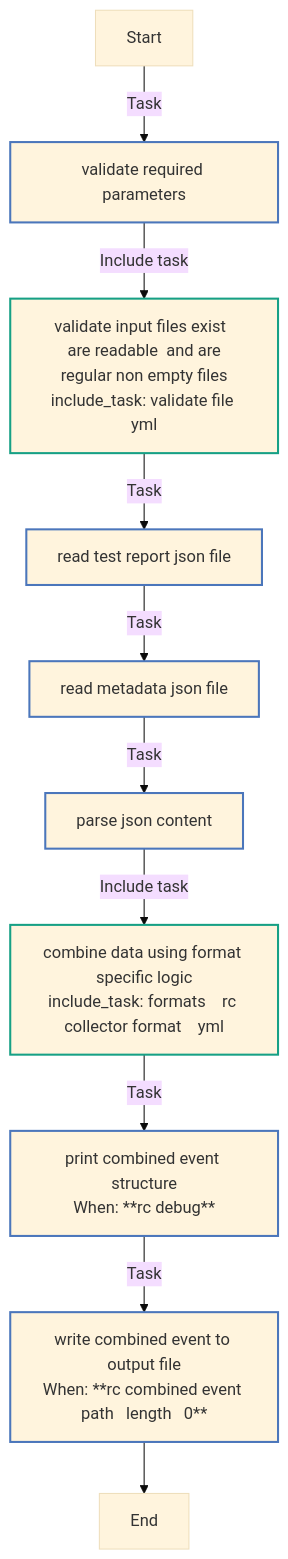
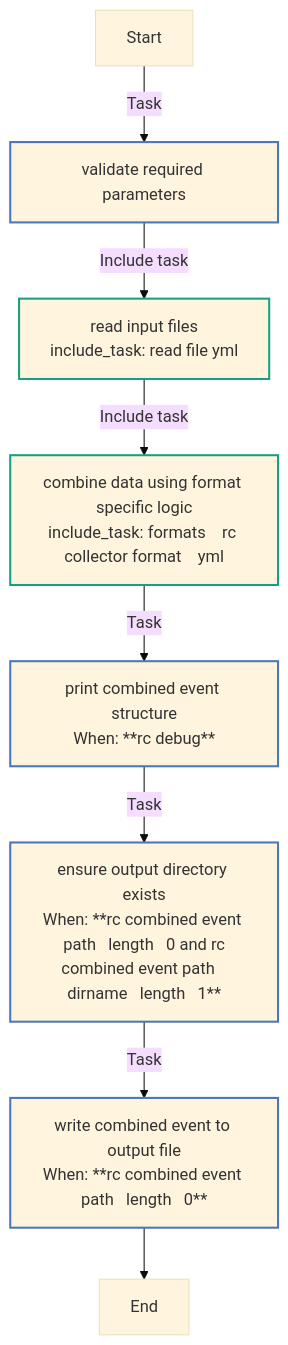
The third of 5 diagrams in playbooks/infra/reporting/roles/report_combine/README.md (mvk/eco-ci-cd), drawn with Mermaid (base theme) before and after one commit. The commit also changed other lines of this file and 2 other files, not shown here.

First line of the commit message:
ROLE: update role `report_combine`

````diff
--- a/playbooks/infra/reporting/roles/report_combine/README.md
+++ b/playbooks/infra/reporting/roles/report_combine/README.md
@@ -194,22 +183,20 @@
 ```mermaid
 flowchart TD
 Start
 classDef block stroke:#3498db,stroke-width:2px;
 classDef task stroke:#4b76bb,stroke-width:2px;
 classDef includeTasks stroke:#16a085,stroke-width:2px;
 classDef importTasks stroke:#34495e,stroke-width:2px;
 classDef includeRole stroke:#2980b9,stroke-width:2px;
 classDef importRole stroke:#699ba7,stroke-width:2px;
 classDef includeVars stroke:#8e44ad,stroke-width:2px;
 classDef rescue stroke:#665352,stroke-width:2px;
 
   Start-->|Task| Validate_required_parameters0[validate required parameters]:::task
-  Validate_required_parameters0-->|Include task| validate_file_yml1[validate input files exist  are readable  and are<br>regular non empty files<br>include_task: validate file yml]:::includeTasks
-  validate_file_yml1-->|Task| Read_test_report_JSON_file2[read test report json file]:::task
-  Read_test_report_JSON_file2-->|Task| Read_metadata_JSON_file3[read metadata json file]:::task
-  Read_metadata_JSON_file3-->|Task| Parse_JSON_content4[parse json content]:::task
-  Parse_JSON_content4-->|Include task| formats____rc_collector_format____yml5[combine data using format specific logic<br>include_task: formats    rc collector format    yml]:::includeTasks
-  formats____rc_collector_format____yml5-->|Task| Print_combined_event_structure6[print combined event structure<br>When: **rc debug**]:::task
-  Print_combined_event_structure6-->|Task| Write_combined_event_to_output_file7[write combined event to output file<br>When: **rc combined event path   length   0**]:::task
-  Write_combined_event_to_output_file7-->End
+  Validate_required_parameters0-->|Include task| read_file_yml1[read input files<br>include_task: read file yml]:::includeTasks
+  read_file_yml1-->|Include task| formats____rc_collector_format____yml2[combine data using format specific logic<br>include_task: formats    rc collector format    yml]:::includeTasks
+  formats____rc_collector_format____yml2-->|Task| Print_combined_event_structure3[print combined event structure<br>When: **rc debug**]:::task
+  Print_combined_event_structure3-->|Task| Ensure_output_directory_exists4[ensure output directory exists<br>When: **rc combined event path   length   0 and rc<br>combined event path   dirname   length   1**]:::task
+  Ensure_output_directory_exists4-->|Task| Write_combined_event_to_output_file5[write combined event to output file<br>When: **rc combined event path   length   0**]:::task
+  Write_combined_event_to_output_file5-->End
 ```
````
